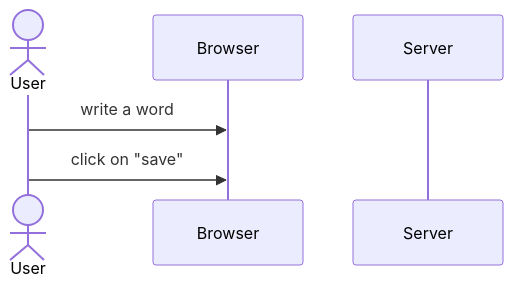
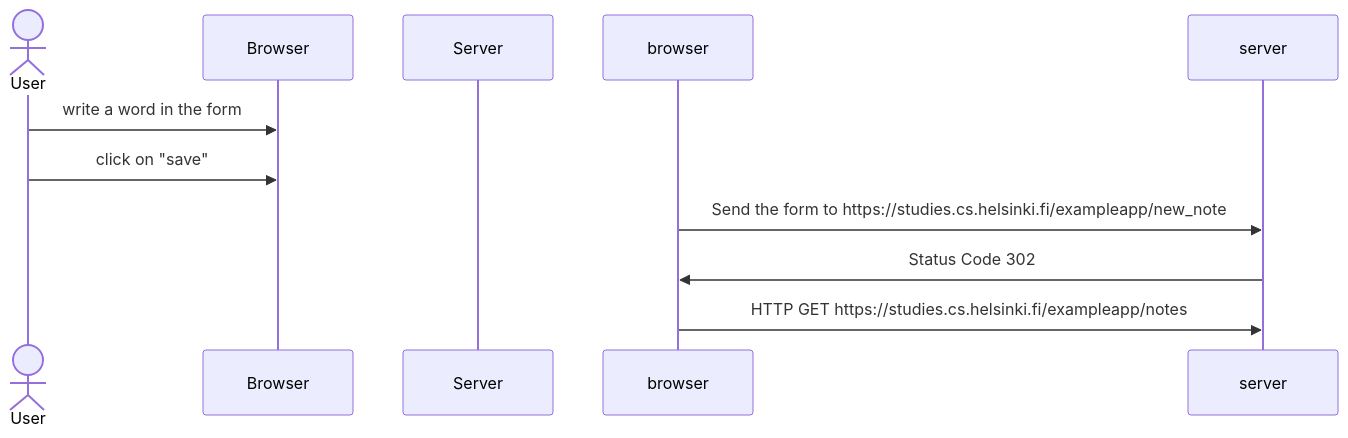
Before and after one commit to Blackleaf3416/Fullstackopen-part0: the diagram in diagram.md, drawn with Mermaid.

````diff
--- a/diagram.md
+++ b/diagram.md
@@ -1,12 +1,13 @@
 ```mermaid
 sequenceDiagram
 actor User
 participant Browser
 participant Server
-User->>Browser :write a word
-User->>Browser:click on "save"
-
-  
+User->>Browser: write a word in the form
+User->>Browser: click on "save"
+browser->>server: Send the form to https://studies.cs.helsinki.fi/exampleapp/new_note
+server->>browser: Status Code 302
+browser->>server: HTTP GET https://studies.cs.helsinki.fi/exampleapp/notes
   
   
 ```
````
